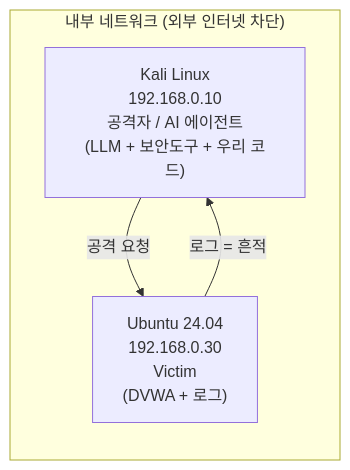
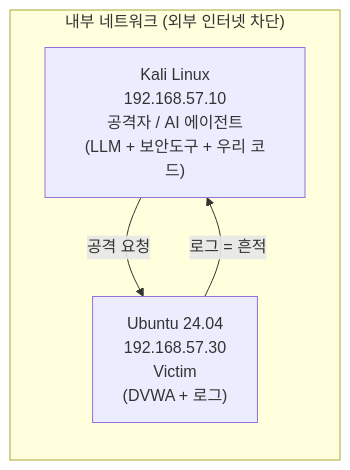
One commit to sbaek100/sbaek100.github.io changed the diagram in _posts/1.응용강의/aiwebsec/2026-06-10-aiwebsec-04-lab-design.md. Above: the diagram before and after it, drawn with Mermaid. The commit also changed other lines of this file and 518 other files, not shown here.

````diff
--- a/_posts/1.응용강의/aiwebsec/2026-06-10-aiwebsec-04-lab-design.md
+++ b/_posts/1.응용강의/aiwebsec/2026-06-10-aiwebsec-04-lab-design.md
@@ -88,9 +88,9 @@
 ```mermaid
 graph LR
     subgraph LAB["내부 네트워크 (외부 인터넷 차단)"]
-        K["Kali Linux<br/>192.168.0.10<br/>공격자 / AI 에이전트<br/>(LLM + 보안도구 + 우리 코드)"]
-        U["Ubuntu 24.04<br/>192.168.0.30<br/>Victim<br/>(DVWA + 로그)"]
+        K["Kali Linux<br/>192.168.57.10<br/>공격자 / AI 에이전트<br/>(LLM + 보안도구 + 우리 코드)"]
+        U["Ubuntu 24.04<br/>192.168.57.30<br/>Victim<br/>(DVWA + 로그)"]
     end
     K -- "공격 요청" --> U
     U -- "로그 = 흔적" --> K
 ```
````
